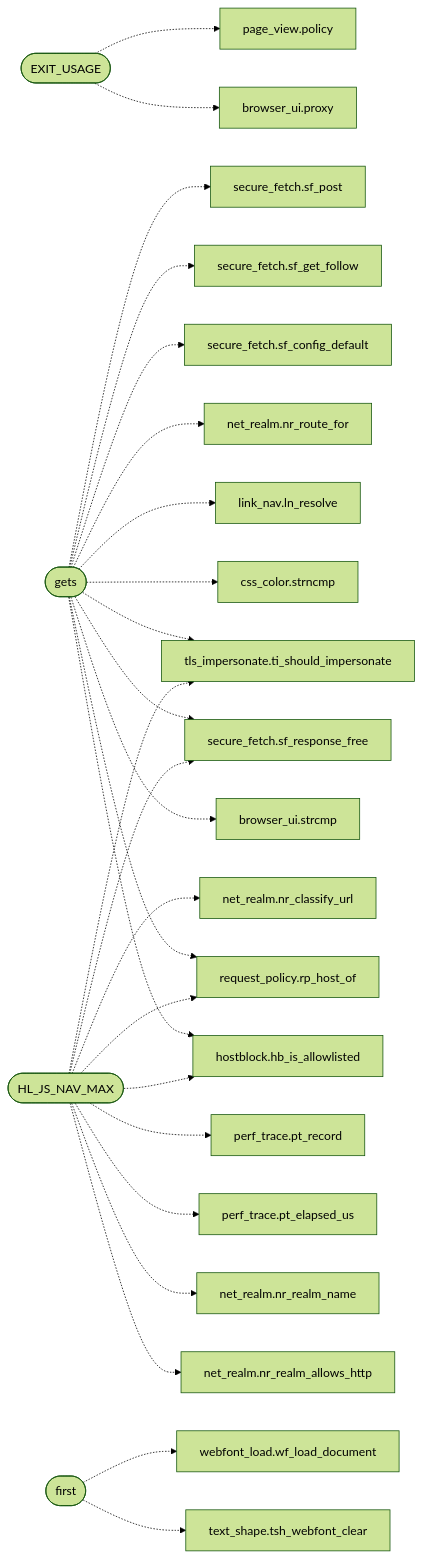
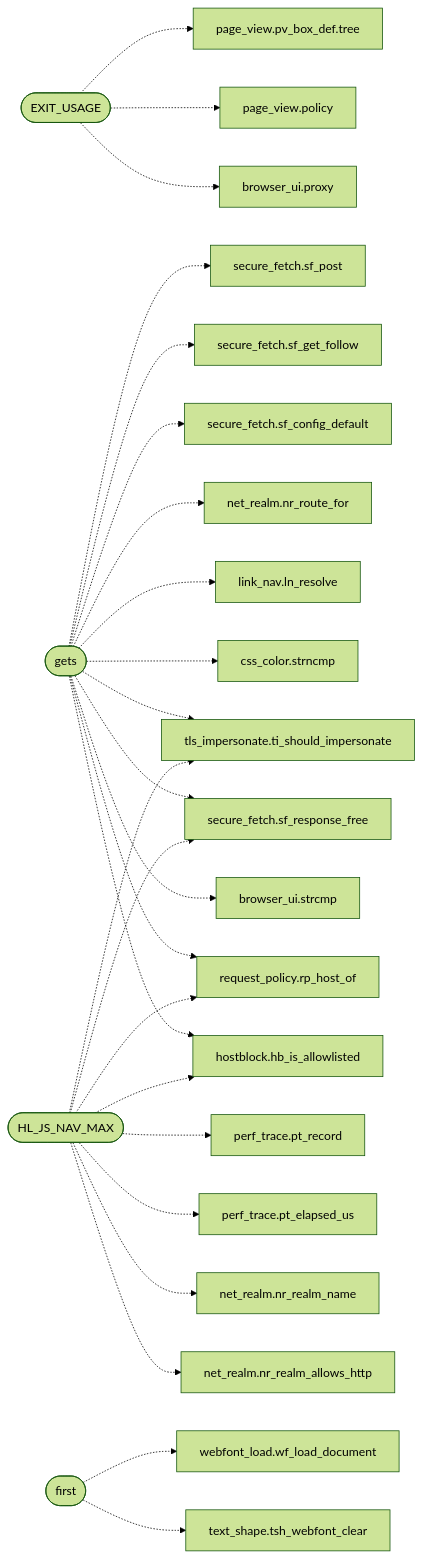
One commit to grisuno/FreeDom changed the diagram in readmenator-apidocs/modules/src.freedom.c.md. Above: the diagram before and after it, drawn with Mermaid (forest theme). The commit also changed other lines of this file and 1370 other files, not shown here.

````diff
--- a/readmenator-apidocs/modules/src.freedom.c.md
+++ b/readmenator-apidocs/modules/src.freedom.c.md
@@ -15,51 +15,51 @@
 ```mermaid
 flowchart LR
     n_src_freedom_c__EXIT_USAGE(["EXIT_USAGE"])
     n_gui_browser_ui_c__proxy["browser_ui.proxy"]
     n_include_page_view_h__policy["page_view.policy"]
+    n_include_page_view_h__pv_box_def_tree["page_view.pv_box_def.tree"]
     n_src_freedom_c__gets(["gets"])
     n_gui_browser_ui_c__strcmp["browser_ui.strcmp"]
     n_include_hostblock_h__hb_is_allowlisted["hostblock.hb_is_allowlisted"]
     n_include_request_policy_h__rp_host_of["request_policy.rp_host_of"]
     n_include_secure_fetch_h__sf_response_free["secure_fetch.sf_response_free"]
     n_include_tls_impersonate_h__ti_should_impersonate["tls_impersonate.ti_should_impersonate"]
     n_src_css_color_c__strncmp["css_color.strncmp"]
     n_src_link_nav_c__ln_resolve["link_nav.ln_resolve"]
     n_src_net_realm_c__nr_route_for["net_realm.nr_route_for"]
     n_src_secure_fetch_c__sf_config_default["secure_fetch.sf_config_default"]
     n_src_secure_fetch_c__sf_get_follow["secure_fetch.sf_get_follow"]
     n_src_secure_fetch_c__sf_post["secure_fetch.sf_post"]
     n_src_freedom_c__first(["first"])
     n_include_text_shape_h__tsh_webfont_clear["text_shape.tsh_webfont_clear"]
     n_src_webfont_load_c__wf_load_document["webfont_load.wf_load_document"]
     n_src_freedom_c__HL_JS_NAV_MAX(["HL_JS_NAV_MAX"])
     n_include_net_realm_h__nr_realm_allows_http["net_realm.nr_realm_allows_http"]
     n_include_net_realm_h__nr_realm_name["net_realm.nr_realm_name"]
     n_include_perf_trace_h__pt_elapsed_us["perf_trace.pt_elapsed_us"]
     n_include_perf_trace_h__pt_record["perf_trace.pt_record"]
-    n_src_net_realm_c__nr_classify_url["net_realm.nr_classify_url"]
     n_src_freedom_c__EXIT_USAGE -.-> n_gui_browser_ui_c__proxy
     n_src_freedom_c__EXIT_USAGE -.-> n_include_page_view_h__policy
+    n_src_freedom_c__EXIT_USAGE -.-> n_include_page_view_h__pv_box_def_tree
     n_src_freedom_c__gets -.-> n_gui_browser_ui_c__strcmp
     n_src_freedom_c__gets -.-> n_include_hostblock_h__hb_is_allowlisted
     n_src_freedom_c__gets -.-> n_include_request_policy_h__rp_host_of
     n_src_freedom_c__gets -.-> n_include_secure_fetch_h__sf_response_free
     n_src_freedom_c__gets -.-> n_include_tls_impersonate_h__ti_should_impersonate
     n_src_freedom_c__gets -.-> n_src_css_color_c__strncmp
     n_src_freedom_c__gets -.-> n_src_link_nav_c__ln_resolve
     n_src_freedom_c__gets -.-> n_src_net_realm_c__nr_route_for
     n_src_freedom_c__gets -.-> n_src_secure_fetch_c__sf_config_default
     n_src_freedom_c__gets -.-> n_src_secure_fetch_c__sf_get_follow
     n_src_freedom_c__gets -.-> n_src_secure_fetch_c__sf_post
     n_src_freedom_c__first -.-> n_include_text_shape_h__tsh_webfont_clear
     n_src_freedom_c__first -.-> n_src_webfont_load_c__wf_load_document
     n_src_freedom_c__HL_JS_NAV_MAX -.-> n_include_hostblock_h__hb_is_allowlisted
     n_src_freedom_c__HL_JS_NAV_MAX -.-> n_include_net_realm_h__nr_realm_allows_http
     n_src_freedom_c__HL_JS_NAV_MAX -.-> n_include_net_realm_h__nr_realm_name
     n_src_freedom_c__HL_JS_NAV_MAX -.-> n_include_perf_trace_h__pt_elapsed_us
     n_src_freedom_c__HL_JS_NAV_MAX -.-> n_include_perf_trace_h__pt_record
     n_src_freedom_c__HL_JS_NAV_MAX -.-> n_include_request_policy_h__rp_host_of
     n_src_freedom_c__HL_JS_NAV_MAX -.-> n_include_secure_fetch_h__sf_response_free
     n_src_freedom_c__HL_JS_NAV_MAX -.-> n_include_tls_impersonate_h__ti_should_impersonate
-    n_src_freedom_c__HL_JS_NAV_MAX -.-> n_src_net_realm_c__nr_classify_url
 ```
````
